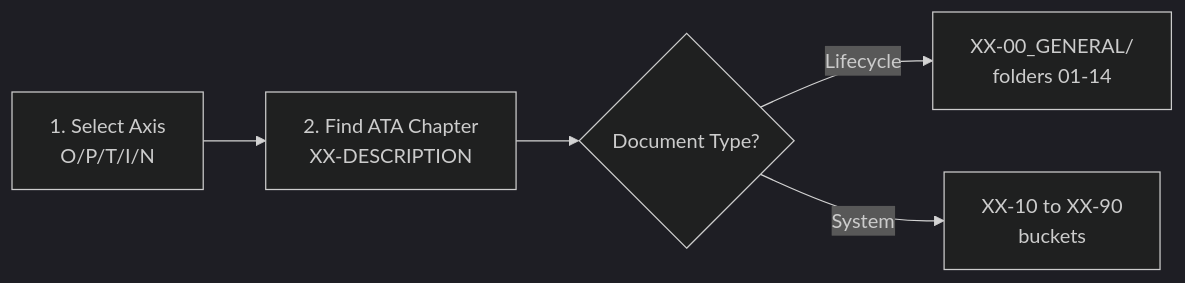
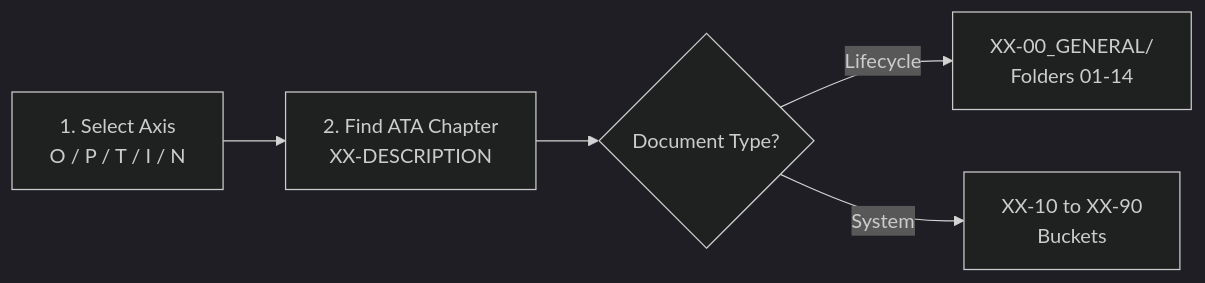
The fifth of 6 diagrams in README.md (AmedeoPelliccia/AMPEL360-BWB-H2-Hy-E), drawn with Mermaid (dark theme) before and after one commit. The commit also changed other lines of this file, not shown here.

````diff
--- a/README.md
+++ b/README.md
@@ -215,7 +215,7 @@
 ```mermaid
 flowchart LR
-    A["1. Select Axis<br/>O/P/T/I/N"] --> B["2. Find ATA Chapter<br/>XX-DESCRIPTION"]
+    A["1. Select Axis<br/>O / P / T / I / N"] --> B["2. Find ATA Chapter<br/>XX-DESCRIPTION"]
     B --> C{"Document Type?"}
-    C -->|Lifecycle| D["XX-00_GENERAL/<br/>folders 01-14"]
-    C -->|System| E["XX-10 to XX-90<br/>buckets"]
+    C -->|Lifecycle| D["XX-00_GENERAL/<br/>Folders 01-14"]
+    C -->|System|E["XX-10 to XX-90<br/>Buckets"]
 ```
````
